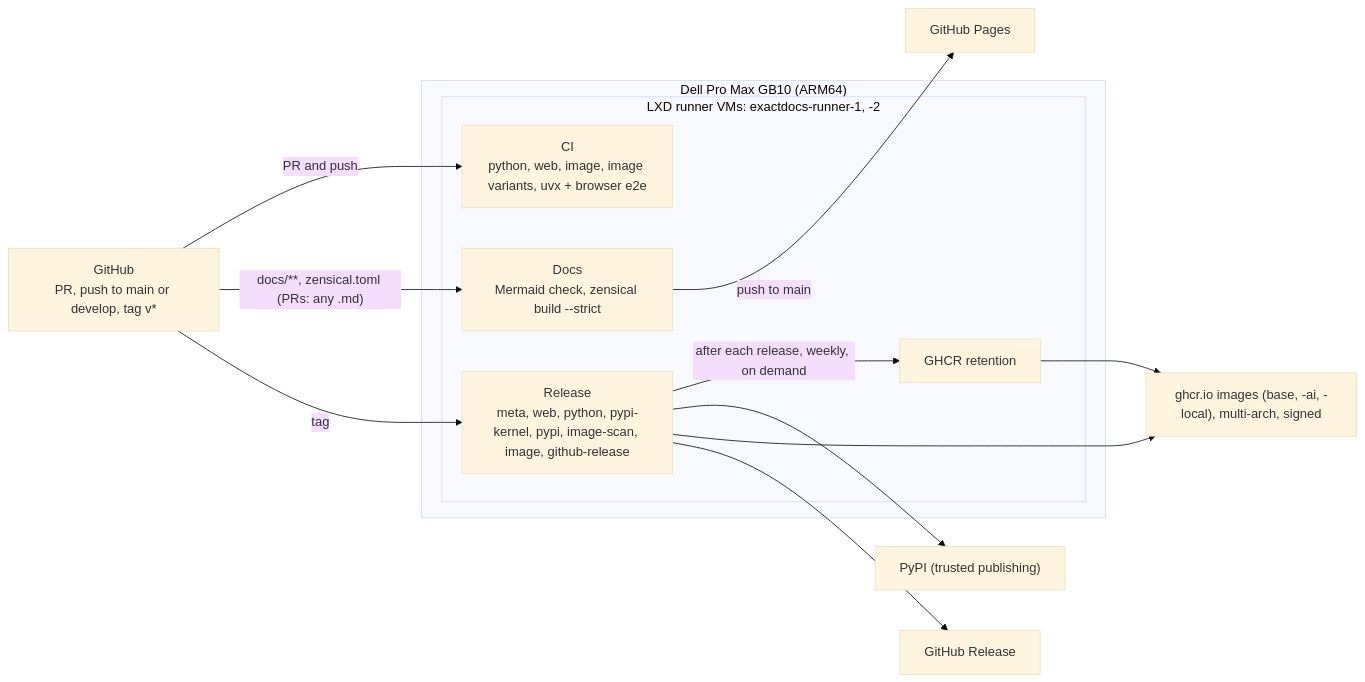
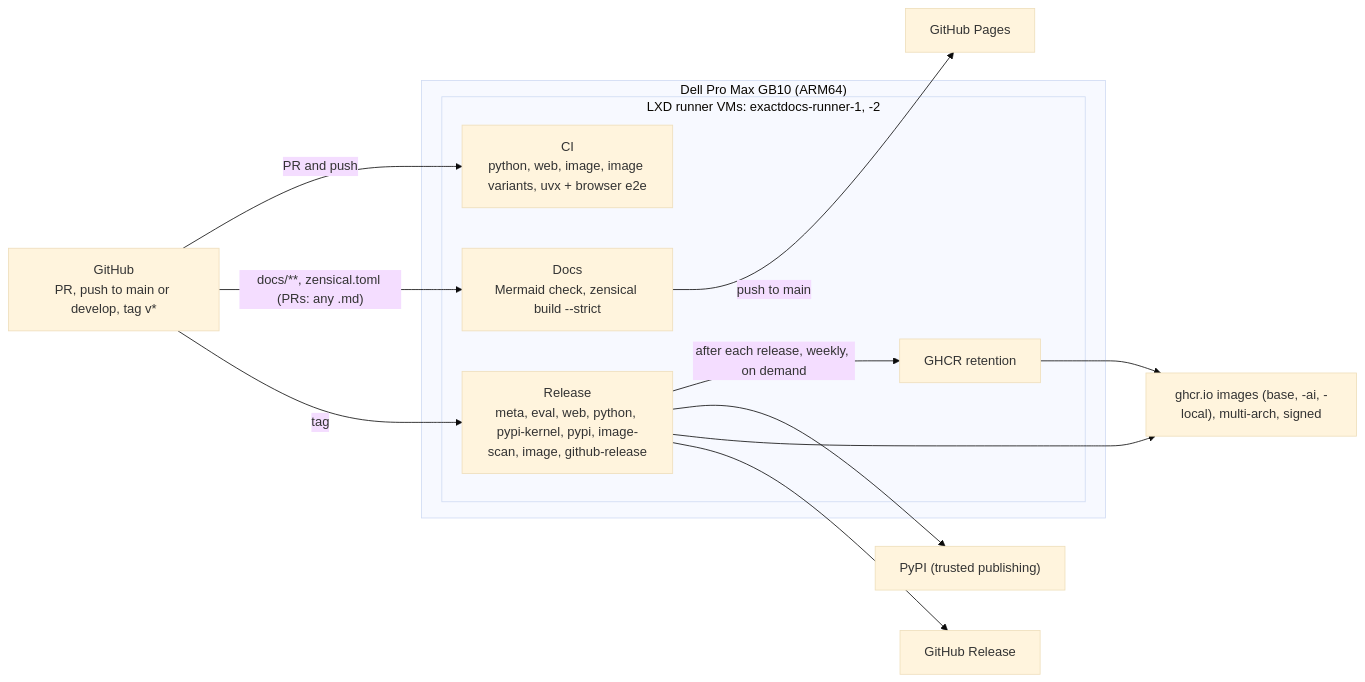
The second of 2 diagrams in docs/releasing.md (SirCypkowskyy/ExactDocs), drawn with Mermaid (base theme) before and after one commit. The commit also changed other lines of this file and 12 other files, not shown here.

````diff
--- a/docs/releasing.md
+++ b/docs/releasing.md
@@ -313,21 +313,21 @@
 ```mermaid
 flowchart LR
     gh["GitHub<br/>PR, push to main or develop, tag v*"]
     subgraph gb10 ["Dell Pro Max GB10 (ARM64)"]
         subgraph vms ["LXD runner VMs: exactdocs-runner-1, -2"]
             ci["CI<br/>python, web, image, image variants, uvx + browser e2e"]
             docs["Docs<br/>Mermaid check, zensical build --strict"]
-            rel["Release<br/>meta, web, python, pypi-kernel, pypi, image-scan, image, github-release"]
+            rel["Release<br/>meta, eval, web, python, pypi-kernel, pypi, image-scan, image, github-release"]
             ret["GHCR retention"]
         end
     end
     gh -->|PR and push| ci
     gh -->|"docs/**, zensical.toml (PRs: any .md)"| docs
     gh -->|tag| rel
     rel -->|after each release, weekly, on demand| ret
     docs -->|push to main| pages["GitHub Pages"]
     rel --> pypi["PyPI (trusted publishing)"]
     rel --> ghcr["ghcr.io images (base, -ai, -local), multi-arch, signed"]
     rel --> ghrel["GitHub Release"]
     ret --> ghcr
 ```
````
